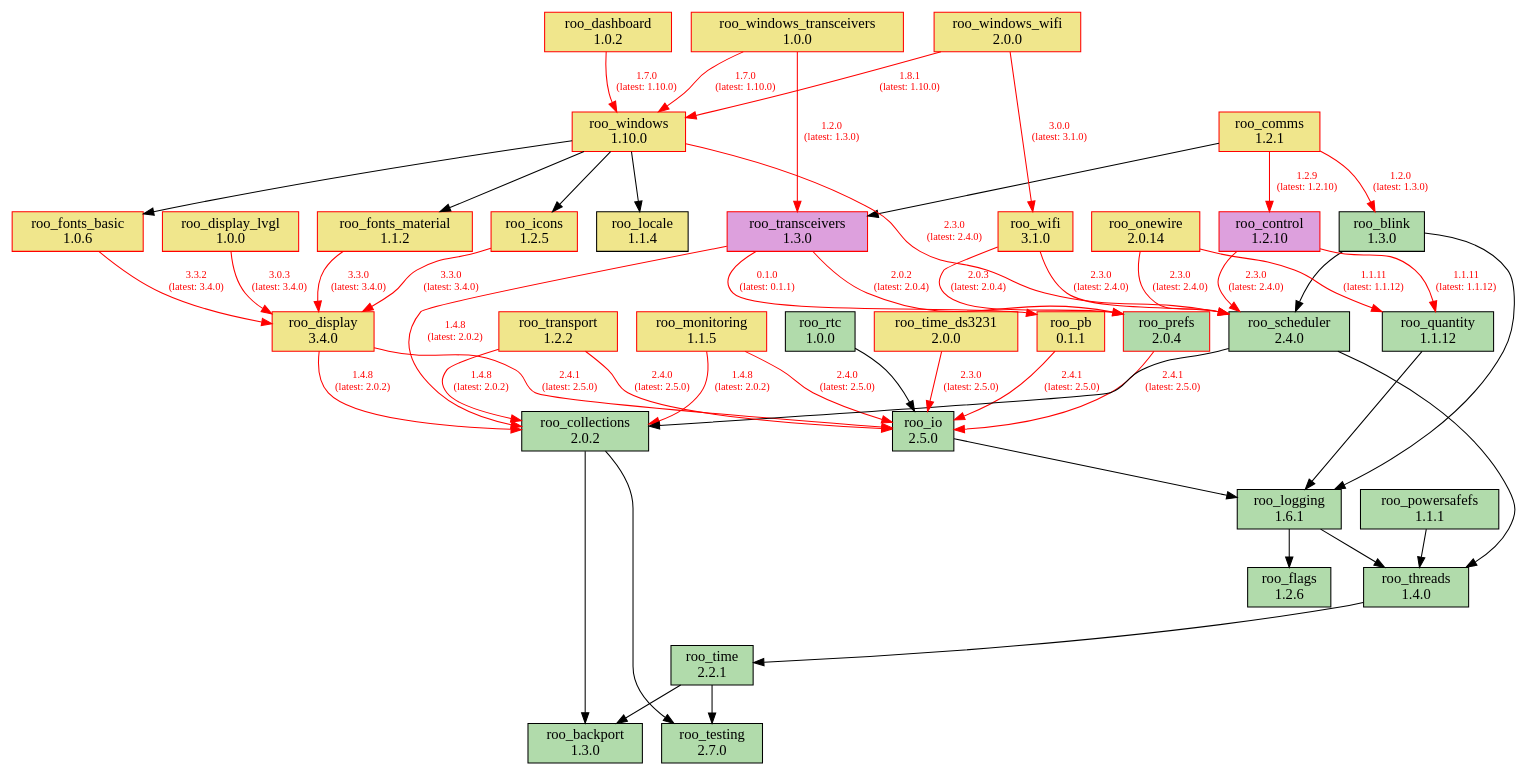
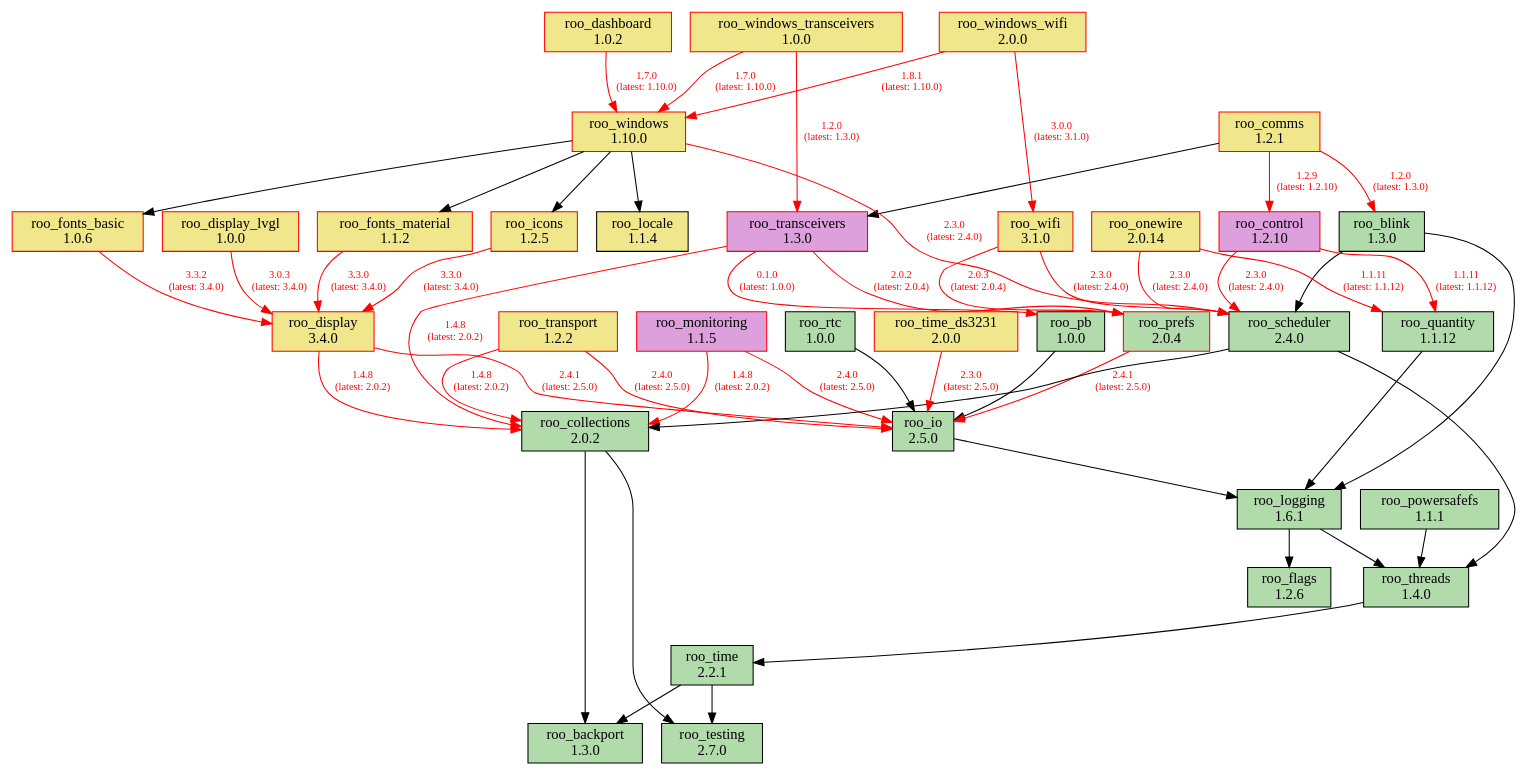
One commit to dejwk/roo-registry changed the diagram in doc/dependencies.dot. Above: the diagram before and after it, drawn with Graphviz. The commit also changed 3 other files, not shown here.

```diff
--- a/doc/dependencies.dot
+++ b/doc/dependencies.dot
@@ -1,92 +1,92 @@
 digraph dependencies {
     rankdir=TB;
     node [shape=box, style=filled];
     edge [fontsize=10];
 
     // Modules
     "roo_backport" [label="roo_backport\n1.3.0", fillcolor="#b1dbab", color="black"];
     "roo_blink" [label="roo_blink\n1.3.0", fillcolor="#b1dbab", color="black"];
     "roo_collections" [label="roo_collections\n2.0.2", fillcolor="#b1dbab", color="black"];
     "roo_comms" [label="roo_comms\n1.2.1", fillcolor="khaki", color="red"];
     "roo_control" [label="roo_control\n1.2.10", fillcolor="plum", color="red"];
     "roo_dashboard" [label="roo_dashboard\n1.0.2", fillcolor="khaki", color="red"];
     "roo_display" [label="roo_display\n3.4.0", fillcolor="khaki", color="red"];
     "roo_display_lvgl" [label="roo_display_lvgl\n1.0.0", fillcolor="khaki", color="red"];
     "roo_flags" [label="roo_flags\n1.2.6", fillcolor="#b1dbab", color="black"];
     "roo_fonts_basic" [label="roo_fonts_basic\n1.0.6", fillcolor="khaki", color="red"];
     "roo_fonts_material" [label="roo_fonts_material\n1.1.2", fillcolor="khaki", color="red"];
     "roo_icons" [label="roo_icons\n1.2.5", fillcolor="khaki", color="red"];
     "roo_io" [label="roo_io\n2.5.0", fillcolor="#b1dbab", color="black"];
     "roo_locale" [label="roo_locale\n1.1.4", fillcolor="khaki", color="black"];
     "roo_logging" [label="roo_logging\n1.6.1", fillcolor="#b1dbab", color="black"];
-    "roo_monitoring" [label="roo_monitoring\n1.1.5", fillcolor="khaki", color="red"];
+    "roo_monitoring" [label="roo_monitoring\n1.1.5", fillcolor="plum", color="red"];
     "roo_onewire" [label="roo_onewire\n2.0.14", fillcolor="khaki", color="red"];
-    "roo_pb" [label="roo_pb\n0.1.1", fillcolor="khaki", color="red"];
+    "roo_pb" [label="roo_pb\n1.0.0", fillcolor="#b1dbab", color="black"];
     "roo_powersafefs" [label="roo_powersafefs\n1.1.1", fillcolor="#b1dbab", color="black"];
     "roo_prefs" [label="roo_prefs\n2.0.4", fillcolor="#b1dbab", color="red"];
     "roo_quantity" [label="roo_quantity\n1.1.12", fillcolor="#b1dbab", color="black"];
     "roo_rtc" [label="roo_rtc\n1.0.0", fillcolor="#b1dbab", color="black"];
     "roo_scheduler" [label="roo_scheduler\n2.4.0", fillcolor="#b1dbab", color="black"];
     "roo_testing" [label="roo_testing\n2.7.0", fillcolor="#b1dbab", color="black"];
     "roo_threads" [label="roo_threads\n1.4.0", fillcolor="#b1dbab", color="black"];
     "roo_time" [label="roo_time\n2.2.1", fillcolor="#b1dbab", color="black"];
     "roo_time_ds3231" [label="roo_time_ds3231\n2.0.0", fillcolor="khaki", color="red"];
     "roo_transceivers" [label="roo_transceivers\n1.3.0", fillcolor="plum", color="red"];
     "roo_transport" [label="roo_transport\n1.2.2", fillcolor="khaki", color="red"];
     "roo_wifi" [label="roo_wifi\n3.1.0", fillcolor="khaki", color="red"];
     "roo_windows" [label="roo_windows\n1.10.0", fillcolor="khaki", color="red"];
     "roo_windows_transceivers" [label="roo_windows_transceivers\n1.0.0", fillcolor="khaki", color="red"];
     "roo_windows_wifi" [label="roo_windows_wifi\n2.0.0", fillcolor="khaki", color="red"];
 
     // Dependencies
     "roo_blink" -> "roo_logging";
     "roo_blink" -> "roo_scheduler";
     "roo_collections" -> "roo_testing";
     "roo_collections" -> "roo_backport";
     "roo_comms" -> "roo_blink" [color=red, fontcolor=red, label="1.2.0\n(latest: 1.3.0)"];
     "roo_comms" -> "roo_control" [color=red, fontcolor=red, label="1.2.9\n(latest: 1.2.10)"];
     "roo_comms" -> "roo_transceivers";
     "roo_control" -> "roo_quantity" [color=red, fontcolor=red, label="1.1.11\n(latest: 1.1.12)"];
     "roo_control" -> "roo_scheduler" [color=red, fontcolor=red, label="2.3.0\n(latest: 2.4.0)"];
     "roo_dashboard" -> "roo_windows" [color=red, fontcolor=red, label="1.7.0\n(latest: 1.10.0)"];
     "roo_display" -> "roo_collections" [color=red, fontcolor=red, label="1.4.8\n(latest: 2.0.2)"];
     "roo_display" -> "roo_io" [color=red, fontcolor=red, label="2.4.1\n(latest: 2.5.0)"];
     "roo_display_lvgl" -> "roo_display" [color=red, fontcolor=red, label="3.0.3\n(latest: 3.4.0)"];
     "roo_fonts_basic" -> "roo_display" [color=red, fontcolor=red, label="3.3.2\n(latest: 3.4.0)"];
     "roo_fonts_material" -> "roo_display" [color=red, fontcolor=red, label="3.3.0\n(latest: 3.4.0)"];
     "roo_icons" -> "roo_display" [color=red, fontcolor=red, label="3.3.0\n(latest: 3.4.0)"];
     "roo_io" -> "roo_logging";
     "roo_logging" -> "roo_flags";
     "roo_logging" -> "roo_threads";
     "roo_monitoring" -> "roo_collections" [color=red, fontcolor=red, label="1.4.8\n(latest: 2.0.2)"];
     "roo_monitoring" -> "roo_io" [color=red, fontcolor=red, label="2.4.0\n(latest: 2.5.0)"];
     "roo_onewire" -> "roo_scheduler" [color=red, fontcolor=red, label="2.3.0\n(latest: 2.4.0)"];
     "roo_onewire" -> "roo_quantity" [color=red, fontcolor=red, label="1.1.11\n(latest: 1.1.12)"];
-    "roo_pb" -> "roo_io" [color=red, fontcolor=red, label="2.4.1\n(latest: 2.5.0)"];
+    "roo_pb" -> "roo_io";
     "roo_powersafefs" -> "roo_threads";
     "roo_prefs" -> "roo_io" [color=red, fontcolor=red, label="2.4.1\n(latest: 2.5.0)"];
     "roo_quantity" -> "roo_logging";
     "roo_rtc" -> "roo_io";
     "roo_scheduler" -> "roo_collections";
     "roo_scheduler" -> "roo_threads";
     "roo_threads" -> "roo_time";
     "roo_time" -> "roo_testing";
     "roo_time" -> "roo_backport";
     "roo_time_ds3231" -> "roo_io" [color=red, fontcolor=red, label="2.3.0\n(latest: 2.5.0)"];
-    "roo_transceivers" -> "roo_pb" [color=red, fontcolor=red, label="0.1.0\n(latest: 0.1.1)"];
+    "roo_transceivers" -> "roo_pb" [color=red, fontcolor=red, label="0.1.0\n(latest: 1.0.0)"];
     "roo_transceivers" -> "roo_collections" [color=red, fontcolor=red, label="1.4.8\n(latest: 2.0.2)"];
     "roo_transceivers" -> "roo_prefs" [color=red, fontcolor=red, label="2.0.2\n(latest: 2.0.4)"];
     "roo_transport" -> "roo_collections" [color=red, fontcolor=red, label="1.4.8\n(latest: 2.0.2)"];
     "roo_transport" -> "roo_io" [color=red, fontcolor=red, label="2.4.0\n(latest: 2.5.0)"];
     "roo_wifi" -> "roo_prefs" [color=red, fontcolor=red, label="2.0.3\n(latest: 2.0.4)"];
     "roo_wifi" -> "roo_scheduler" [color=red, fontcolor=red, label="2.3.0\n(latest: 2.4.0)"];
     "roo_windows" -> "roo_fonts_basic";
     "roo_windows" -> "roo_fonts_material";
     "roo_windows" -> "roo_locale";
     "roo_windows" -> "roo_icons";
     "roo_windows" -> "roo_scheduler" [color=red, fontcolor=red, label="2.3.0\n(latest: 2.4.0)"];
     "roo_windows_transceivers" -> "roo_transceivers" [color=red, fontcolor=red, label="1.2.0\n(latest: 1.3.0)"];
     "roo_windows_transceivers" -> "roo_windows" [color=red, fontcolor=red, label="1.7.0\n(latest: 1.10.0)"];
     "roo_windows_wifi" -> "roo_wifi" [color=red, fontcolor=red, label="3.0.0\n(latest: 3.1.0)"];
     "roo_windows_wifi" -> "roo_windows" [color=red, fontcolor=red, label="1.8.1\n(latest: 1.10.0)"];
 }
```
